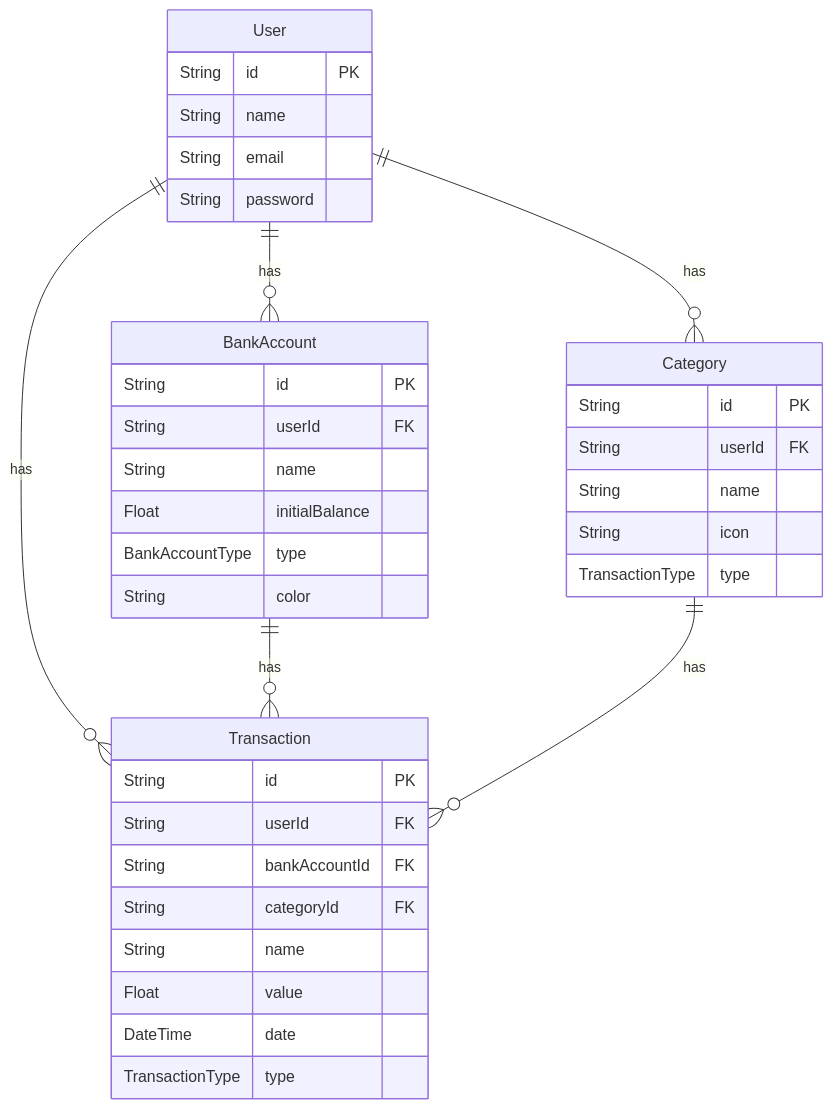
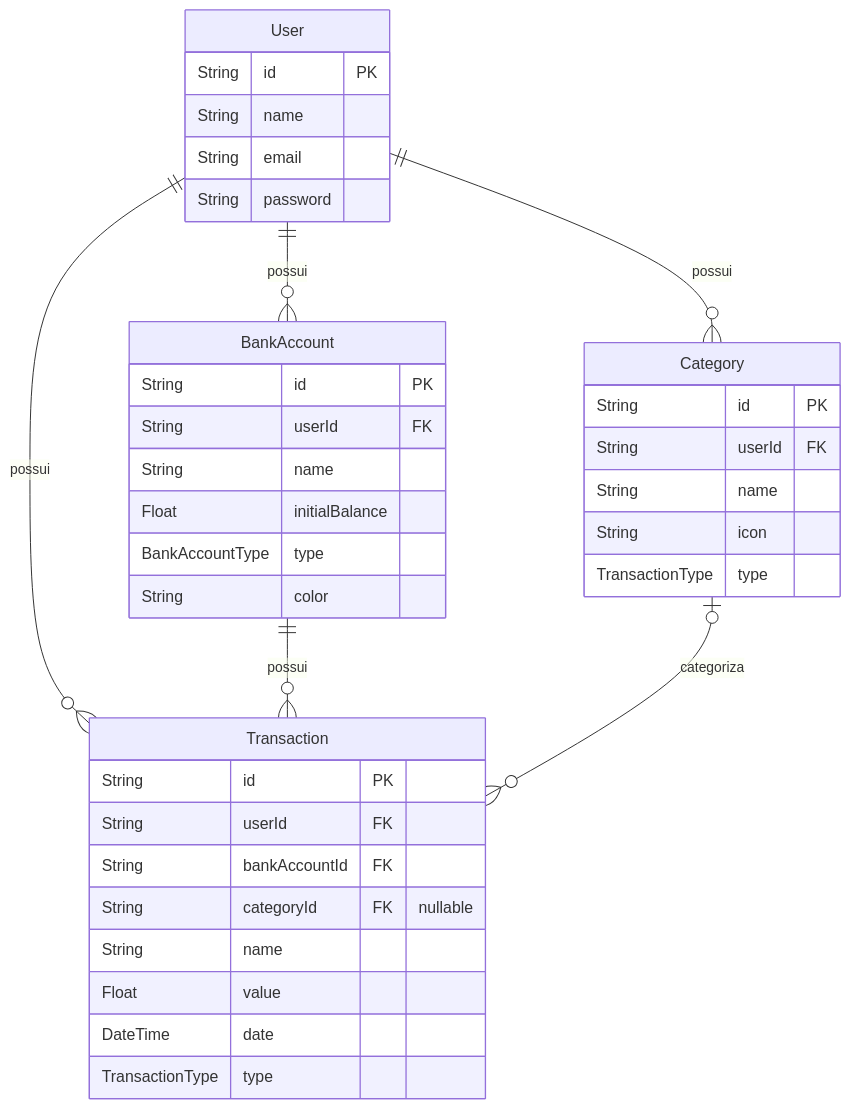
The diagram in docs/architecture.md (httpablo/fincheck), drawn with Mermaid before and after one commit. The commit also changed other lines of this file and 139 other files, not shown here.

````diff
--- a/docs/architecture.md
+++ b/docs/architecture.md
@@ -61,44 +71,44 @@
 ```mermaid
 erDiagram
     User {
         String id PK
         String name
         String email
         String password
     }
 
     BankAccount {
         String id PK
         String userId FK
         String name
         Float initialBalance
         BankAccountType type
         String color
     }
 
     Category {
         String id PK
         String userId FK
         String name
         String icon
         TransactionType type
     }
 
     Transaction {
         String id PK
         String userId FK
         String bankAccountId FK
-        String categoryId FK
+        String categoryId FK "nullable"
         String name
         Float value
         DateTime date
         TransactionType type
     }
 
-    User ||--o{ BankAccount : "has"
-    User ||--o{ Category : "has"
-    User ||--o{ Transaction : "has"
+    User ||--o{ BankAccount : "possui"
+    User ||--o{ Category : "possui"
+    User ||--o{ Transaction : "possui"
 
-    BankAccount ||--o{ Transaction : "has"
-    Category ||--o{ Transaction : "has"
+    BankAccount ||--o{ Transaction : "possui"
+    Category |o--o{ Transaction : "categoriza"
 ```
````
